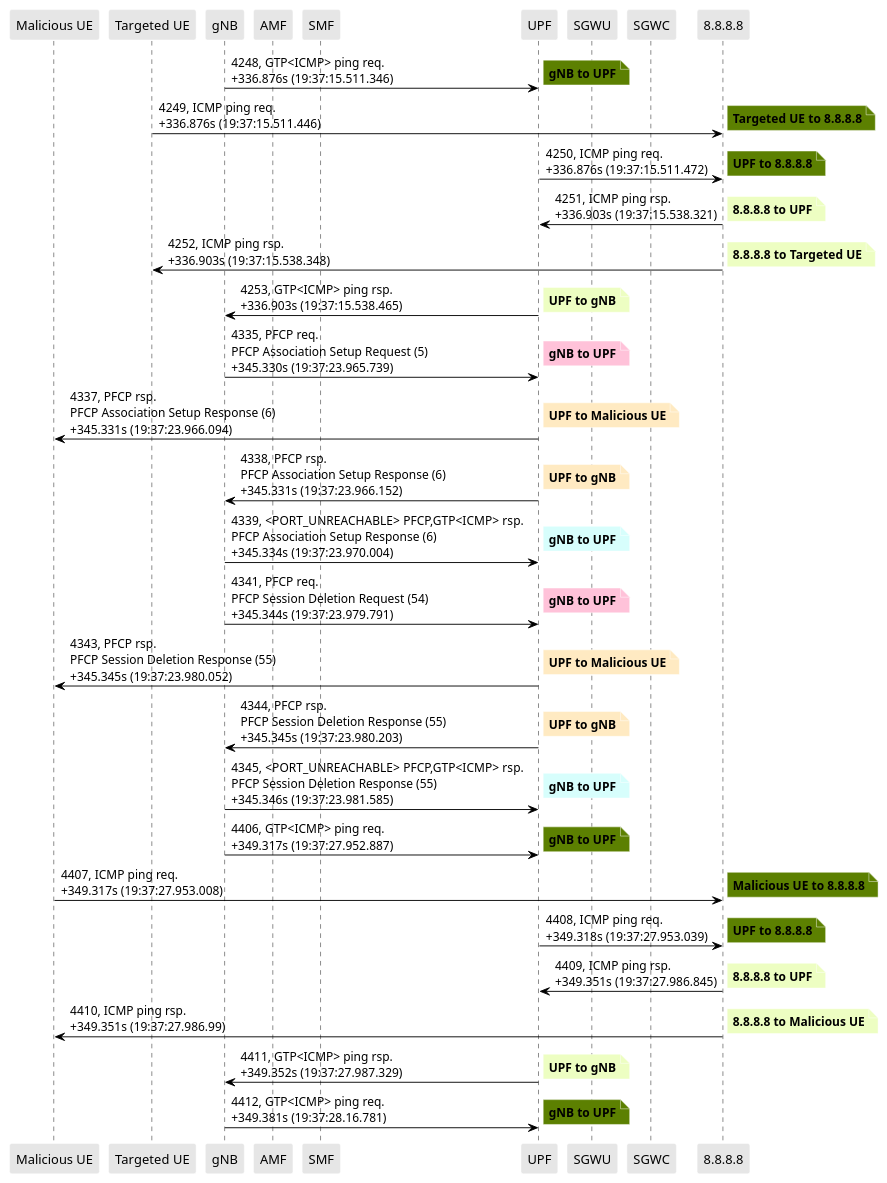
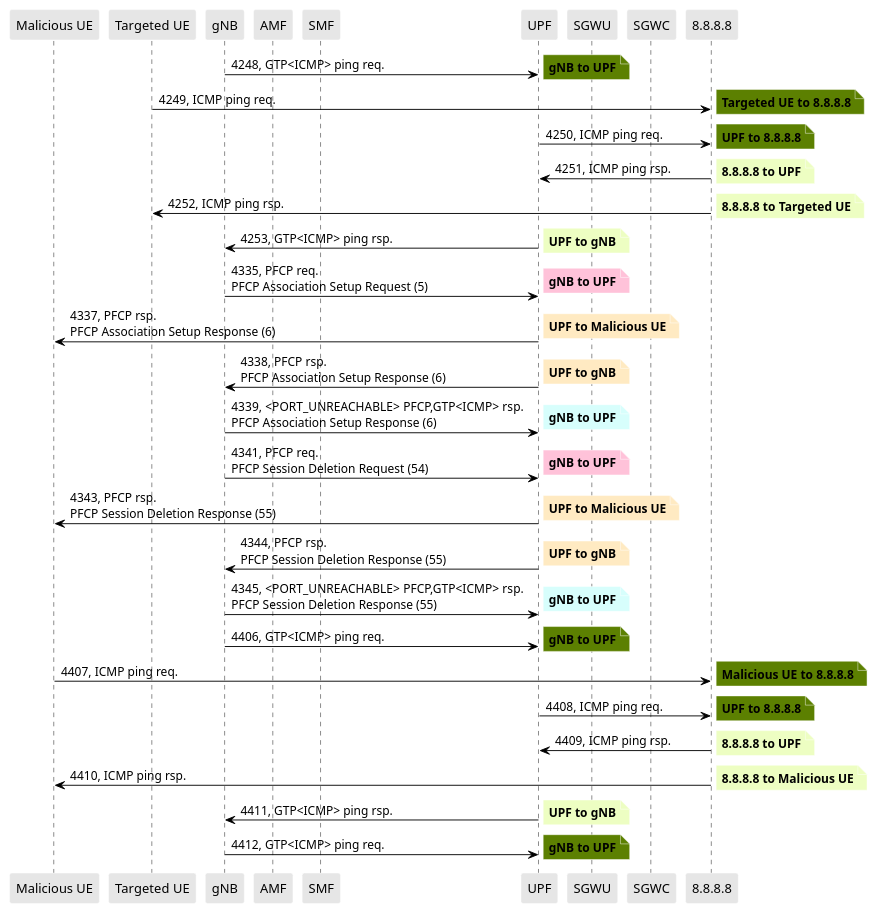
The diagram in PCAPS/Core/targeted_delete_edited.puml (lilyhuegerich/5G), drawn with PlantUML before and after one commit. The commit also changed 33 other files, not shown here.

```diff
--- a/PCAPS/Core/targeted_delete_edited.puml
+++ b/PCAPS/Core/targeted_delete_edited.puml
@@ -1,149 +1,147 @@
 @startuml
 skinparam shadowing false
 skinparam NoteBorderColor white
 skinparam sequence {
     ArrowColor black
     LifeLineBorderColor black
     LifeLineBackgroundColor black
     ParticipantBorderColor white
     ParticipantBackgroundColor #e6e6e6
 }
 
 participant "Malicious UE"
 participant "Targeted UE"
 participant "gNB"
 participant "AMF"
 participant "SMF"
 participant "UPF"
 participant "SGWU"
 participant "SGWC"
 
 participant "8.8.8.8"
 
-"gNB" -> "UPF": 4248, GTP<ICMP> ping req.\n+336.876s (19:37:15.511.346)
+"gNB" -> "UPF": 4248, GTP<ICMP> ping req.
 
 note right #5C8001
 **gNB to UPF**
 end note
 
-"Targeted UE" -> "8.8.8.8": 4249, ICMP ping req.\n+336.876s (19:37:15.511.446)
-
+"Targeted UE" -> "8.8.8.8": 4249, ICMP ping req.
 note right #5C8001
 **Targeted UE to 8.8.8.8**
 end note
 
-"UPF" -> "8.8.8.8": 4250, ICMP ping req.\n+336.876s (19:37:15.511.472)
+"UPF" -> "8.8.8.8": 4250, ICMP ping req.
+note right #5C8001
+**UPF to 8.8.8.8**
+end note
+
+"8.8.8.8" -> "UPF": 4251, ICMP ping rsp.
+
+note right #EDFEC2
+**8.8.8.8 to UPF**
+end note
+
+"8.8.8.8" -> "Targeted UE": 4252, ICMP ping rsp.
+
+note right #EDFEC2
+**8.8.8.8 to Targeted UE**
+end note
+
+"UPF" -> "gNB": 4253, GTP<ICMP> ping rsp.
+
+note right #EDFEC2
+**UPF to gNB**
+end note
+
+"gNB" -> "UPF": 4335, PFCP req.\nPFCP Association Setup Request (5)
+
+note right #FFC2D9
+**gNB to UPF**
+end note
+
+"UPF" -> "Malicious UE": 4337, PFCP rsp.\nPFCP Association Setup Response (6)
+
+note right #FFEAC2
+**UPF to Malicious UE**
+end note
+
+"UPF" -> "gNB": 4338, PFCP rsp.\nPFCP Association Setup Response (6)
+
+note right #FFEAC2
+**UPF to gNB**
+end note
+
+"gNB" -> "UPF": 4339, <PORT_UNREACHABLE> PFCP,GTP<ICMP> rsp.\nPFCP Association Setup Response (6)
+
+note right #D7FEFC
+**gNB to UPF**
+end note
+
+"gNB" -> "UPF": 4341, PFCP req.\nPFCP Session Deletion Request (54)
+
+note right #FFC2D9
+**gNB to UPF**
+end note
+
+"UPF" -> "Malicious UE": 4343, PFCP rsp.\nPFCP Session Deletion Response (55)
+
+note right #FFEAC2
+**UPF to Malicious UE**
+end note
+
+"UPF" -> "gNB": 4344, PFCP rsp.\nPFCP Session Deletion Response (55)
+
+note right #FFEAC2
+**UPF to gNB**
+end note
+
+"gNB" -> "UPF": 4345, <PORT_UNREACHABLE> PFCP,GTP<ICMP> rsp.\nPFCP Session Deletion Response (55)
+
+note right #D7FEFC
+**gNB to UPF**
+end note
+
+"gNB" -> "UPF": 4406, GTP<ICMP> ping req.
+
+note right #5C8001
+**gNB to UPF**
+end note
+
+"Malicious UE" -> "8.8.8.8": 4407, ICMP ping req.
+
+note right #5C8001
+**Malicious UE to 8.8.8.8**
+end note
+
+"UPF" -> "8.8.8.8": 4408, ICMP ping req.
 
 note right #5C8001
 **UPF to 8.8.8.8**
 end note
 
-"8.8.8.8" -> "UPF": 4251, ICMP ping rsp.\n+336.903s (19:37:15.538.321)
+"8.8.8.8" -> "UPF": 4409, ICMP ping rsp.
 
 note right #EDFEC2
 **8.8.8.8 to UPF**
 end note
 
-"8.8.8.8" -> "Targeted UE": 4252, ICMP ping rsp.\n+336.903s (19:37:15.538.348)
+"8.8.8.8" -> "Malicious UE": 4410, ICMP ping rsp.
 
 note right #EDFEC2
-**8.8.8.8 to Targeted UE**
+**8.8.8.8 to Malicious UE**
 end note
 
-"UPF" -> "gNB": 4253, GTP<ICMP> ping rsp.\n+336.903s (19:37:15.538.465)
+"UPF" -> "gNB": 4411, GTP<ICMP> ping rsp.
 
 note right #EDFEC2
 **UPF to gNB**
 end note
 
-"gNB" -> "UPF": 4335, PFCP req.\nPFCP Association Setup Request (5)\n+345.330s (19:37:23.965.739)
-
-note right #FFC2D9
-**gNB to UPF**
-end note
-
-"UPF" -> "Malicious UE": 4337, PFCP rsp.\nPFCP Association Setup Response (6)\n+345.331s (19:37:23.966.094)
-
-note right #FFEAC2
-**UPF to Malicious UE**
-end note
-
-"UPF" -> "gNB": 4338, PFCP rsp.\nPFCP Association Setup Response (6)\n+345.331s (19:37:23.966.152)
-
-note right #FFEAC2
-**UPF to gNB**
-end note
-
-"gNB" -> "UPF": 4339, <PORT_UNREACHABLE> PFCP,GTP<ICMP> rsp.\nPFCP Association Setup Response (6)\n+345.334s (19:37:23.970.004)
-
-note right #D7FEFC
-**gNB to UPF**
-end note
-
-"gNB" -> "UPF": 4341, PFCP req.\nPFCP Session Deletion Request (54)\n+345.344s (19:37:23.979.791)
-
-note right #FFC2D9
-**gNB to UPF**
-end note
-
-"UPF" -> "Malicious UE": 4343, PFCP rsp.\nPFCP Session Deletion Response (55)\n+345.345s (19:37:23.980.052)
-
-note right #FFEAC2
-**UPF to Malicious UE**
-end note
-
-"UPF" -> "gNB": 4344, PFCP rsp.\nPFCP Session Deletion Response (55)\n+345.345s (19:37:23.980.203)
-
-note right #FFEAC2
-**UPF to gNB**
-end note
-
-"gNB" -> "UPF": 4345, <PORT_UNREACHABLE> PFCP,GTP<ICMP> rsp.\nPFCP Session Deletion Response (55)\n+345.346s (19:37:23.981.585)
-
-note right #D7FEFC
-**gNB to UPF**
-end note
-
-"gNB" -> "UPF": 4406, GTP<ICMP> ping req.\n+349.317s (19:37:27.952.887)
-
-note right #5C8001
-**gNB to UPF**
-end note
-
-"Malicious UE" -> "8.8.8.8": 4407, ICMP ping req.\n+349.317s (19:37:27.953.008)
-
-note right #5C8001
-**Malicious UE to 8.8.8.8**
-end note
-
-"UPF" -> "8.8.8.8": 4408, ICMP ping req.\n+349.318s (19:37:27.953.039)
-
-note right #5C8001
-**UPF to 8.8.8.8**
-end note
-
-"8.8.8.8" -> "UPF": 4409, ICMP ping rsp.\n+349.351s (19:37:27.986.845)
-
-note right #EDFEC2
-**8.8.8.8 to UPF**
-end note
-
-"8.8.8.8" -> "Malicious UE": 4410, ICMP ping rsp.\n+349.351s (19:37:27.986.99)
-
-note right #EDFEC2
-**8.8.8.8 to Malicious UE**
-end note
-
-"UPF" -> "gNB": 4411, GTP<ICMP> ping rsp.\n+349.352s (19:37:27.987.329)
-
-note right #EDFEC2
-**UPF to gNB**
-end note
-
-"gNB" -> "UPF": 4412, GTP<ICMP> ping req.\n+349.381s (19:37:28.16.781)
+"gNB" -> "UPF": 4412, GTP<ICMP> ping req.
 
 note right #5C8001
 **gNB to UPF**
 end note
 
 @enduml
```
